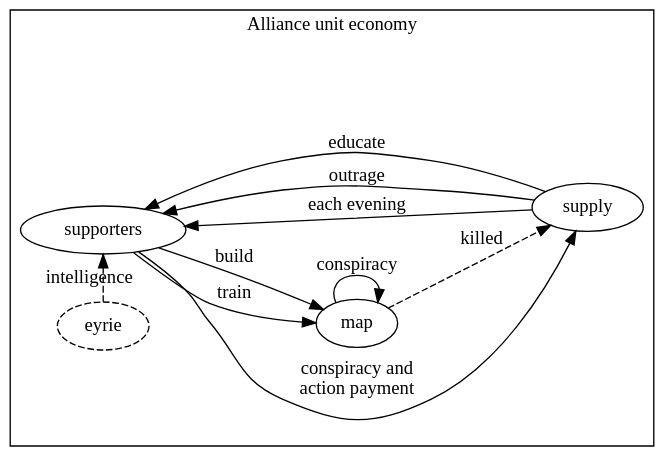
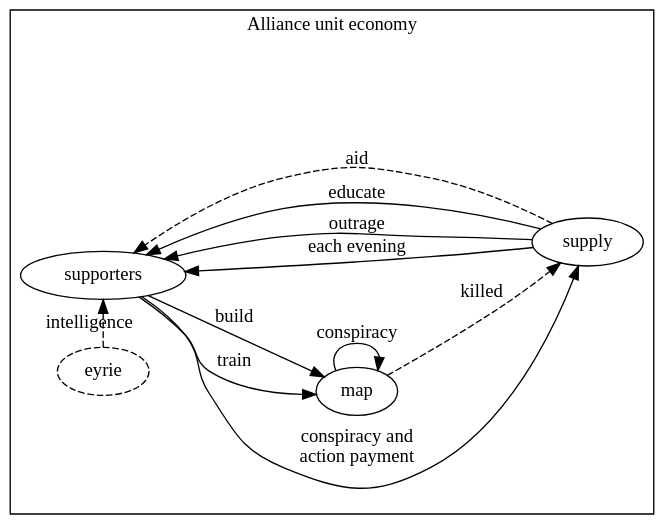
One commit to krawaller/root changed the diagram in diagrams/alliance-units.dot. Above: the diagram before and after it, drawn with Graphviz. The commit also changed 1 other file, not shown here.

Commit message:
add aid to alliance unit

```diff
--- a/diagrams/alliance-units.dot
+++ b/diagrams/alliance-units.dot
@@ -1,35 +1,34 @@
 digraph {
   rankdir = LR;
   bgcolor = transparent;
 
   subgraph cluster_allianceunits {
 
     label = "Alliance unit economy"
 
     supporters
 
     supply
 
     map -> map [label="conspiracy"]
 
 
     supply -> supporters [label="each evening"]
-
     supply -> supporters [label="outrage"]
-
     supply -> supporters [label="educate"]
+    supply -> supporters [label="aid" style="dashed"]
 
 
     supporters -> map [label="train"]
     supporters -> map [label="build"]
 
     supporters -> supply [label="conspiracy and\naction payment"]
 
     map -> supply [label="killed" style="dashed"]
 
     eyrie [style="dashed"]
     eyrie -> supporters [label="intelligence" style="dashed"]
 
     {rank=same; eyrie, supporters}
   }
 }
```
